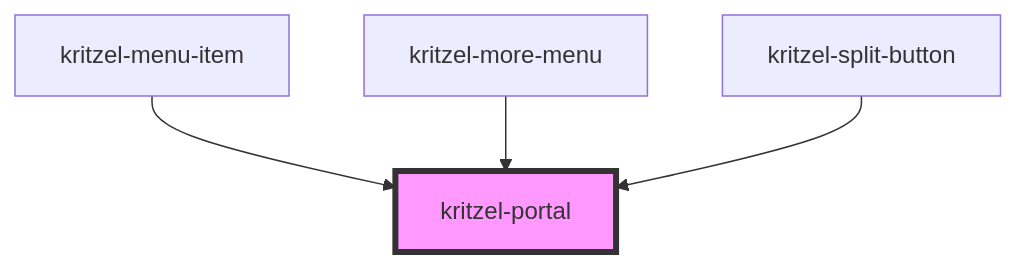
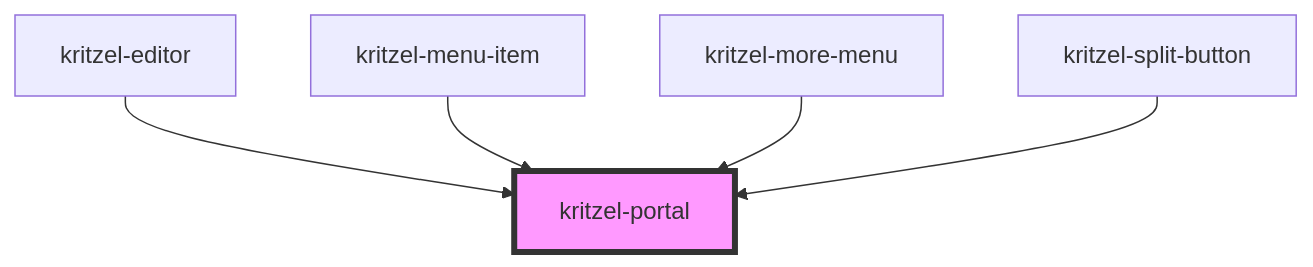
One commit to kasual1/kritzel changed the diagram in libs/editor/core/src/components/kritzel-portal/readme.md. Above: the diagram before and after it, drawn with Mermaid. The commit also changed other lines of this file and 51 other files, not shown here.

````diff
--- a/libs/editor/core/src/components/kritzel-portal/readme.md
+++ b/libs/editor/core/src/components/kritzel-portal/readme.md
@@ -41,7 +42,8 @@
 ```mermaid
 graph TD;
+  kritzel-editor --> kritzel-portal
   kritzel-menu-item --> kritzel-portal
   kritzel-more-menu --> kritzel-portal
   kritzel-split-button --> kritzel-portal
   style kritzel-portal fill:#f9f,stroke:#333,stroke-width:4px
 ```
````
